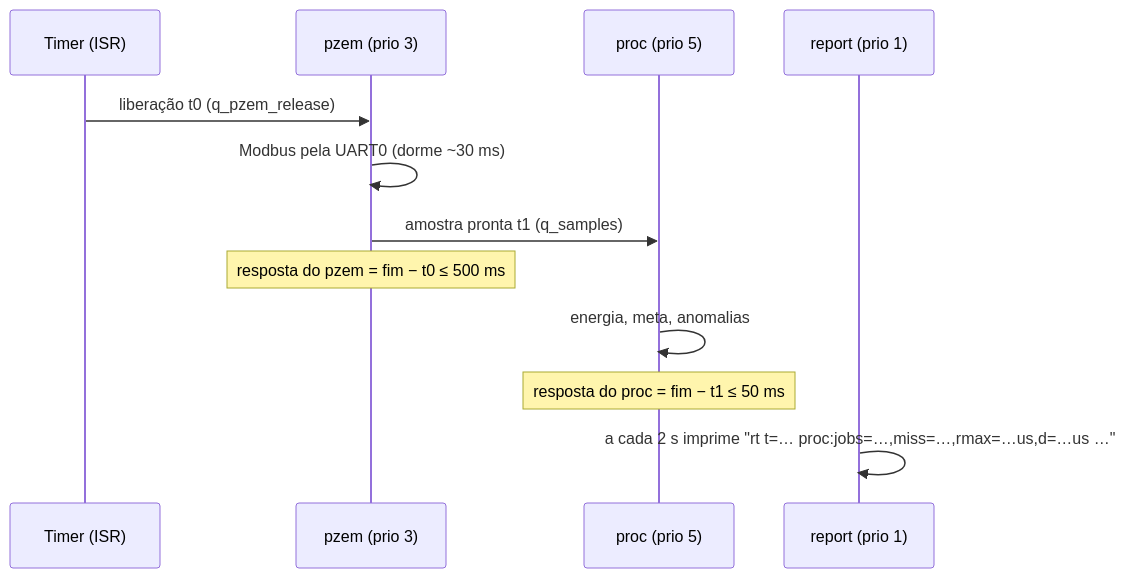
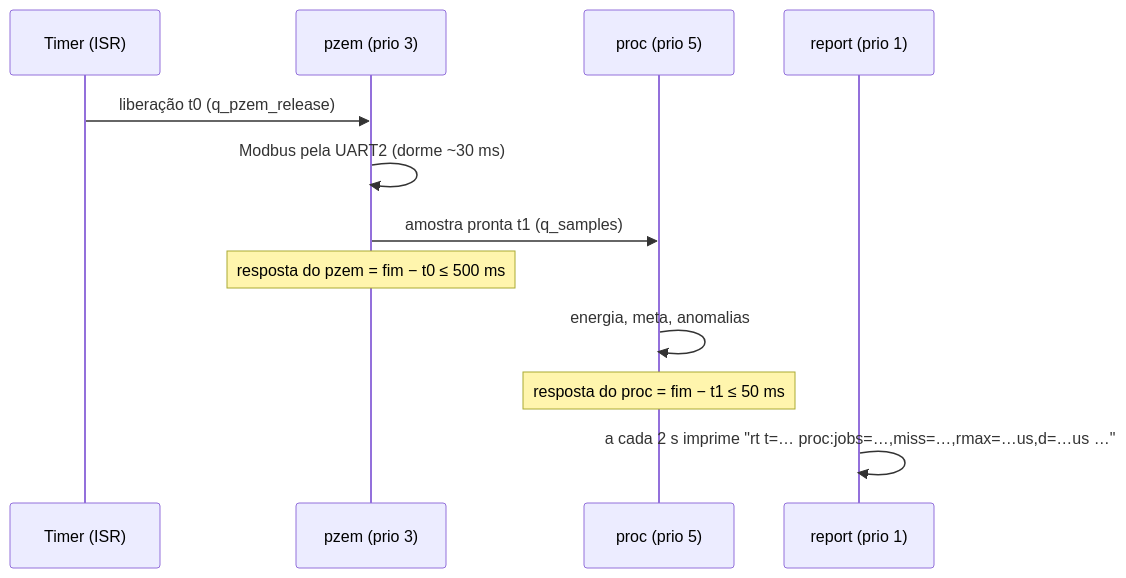
The second of 2 diagrams in energytrack-fw-3.2/docs/diagrama-tarefas.md (MatheusNobreM/Embedded_System_Project_2026.2), drawn with Mermaid before and after one commit. The commit also changed other lines of this file and 9 other files, not shown here.

````diff
--- a/energytrack-fw-3.2/docs/diagrama-tarefas.md
+++ b/energytrack-fw-3.2/docs/diagrama-tarefas.md
@@ -92,14 +99,14 @@
 ```mermaid
 sequenceDiagram
     participant T as Timer (ISR)
     participant P as pzem (prio 3)
     participant Q as proc (prio 5)
     participant R as report (prio 1)
     T->>P: liberação t0 (q_pzem_release)
-    P->>P: Modbus pela UART0 (dorme ~30 ms)
+    P->>P: Modbus pela UART2 (dorme ~30 ms)
     P->>Q: amostra pronta t1 (q_samples)
     Note over P: resposta do pzem = fim − t0 ≤ 500 ms
     Q->>Q: energia, meta, anomalias
     Note over Q: resposta do proc = fim − t1 ≤ 50 ms
     R->>R: a cada 2 s imprime "rt t=… proc:jobs=…,miss=…,rmax=…us,d=…us …"
 ```
````
